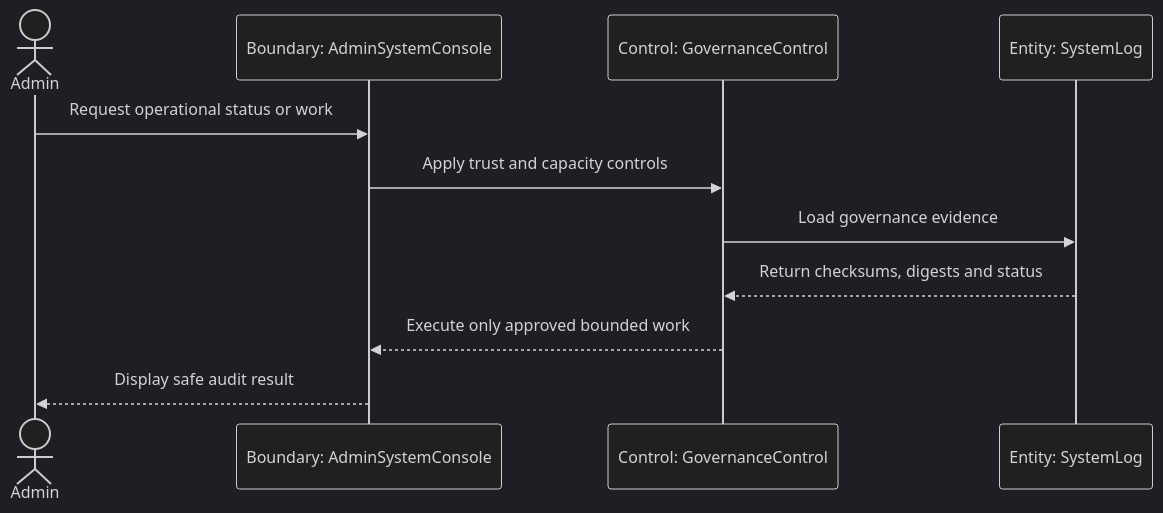
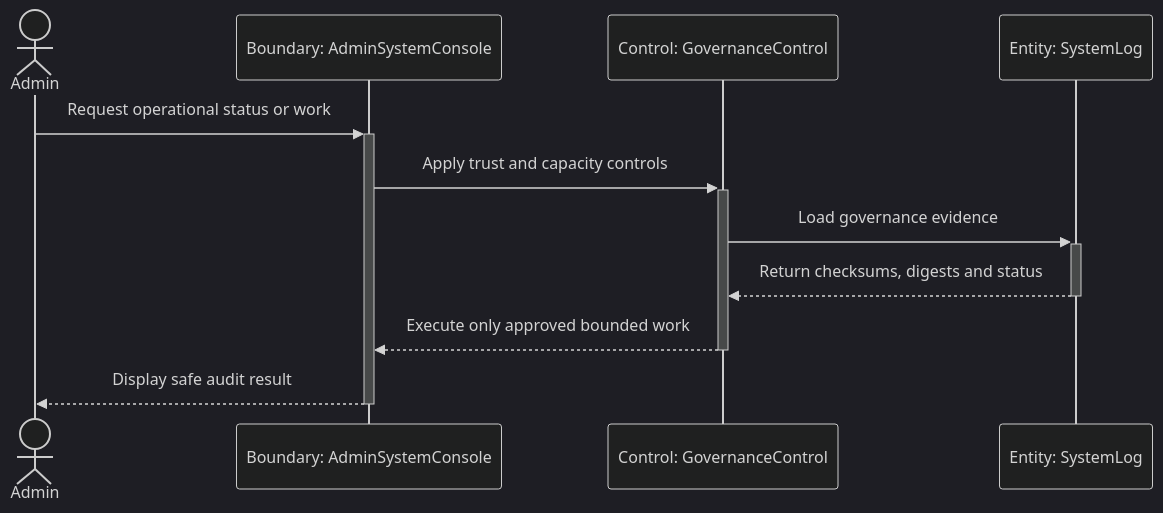
One commit to zhabgjialu2003-sudo/Counting-Maize-Tassels-in-the-Wild-via-Deep-Neural-Network changed the diagram in docs/design/uml/story-extensions/d-9/sequence.mmd. Above: the diagram before and after it, drawn with Mermaid (dark theme). The commit also changed 32 other files, not shown here.

First line of the commit message:
docs(diagrams): add sequence activation bars

```diff
--- a/docs/design/uml/story-extensions/d-9/sequence.mmd
+++ b/docs/design/uml/story-extensions/d-9/sequence.mmd
@@ -1,11 +1,11 @@
 sequenceDiagram
 actor Admin as Admin
 participant AdminSystemConsole as Boundary: AdminSystemConsole
 participant GovernanceControl as Control: GovernanceControl
 participant SystemLog as Entity: SystemLog
-Admin->>AdminSystemConsole: Request operational status or work
-AdminSystemConsole->>GovernanceControl: Apply trust and capacity controls
-GovernanceControl->>SystemLog: Load governance evidence
-SystemLog-->>GovernanceControl: Return checksums, digests and status
-GovernanceControl-->>AdminSystemConsole: Execute only approved bounded work
-AdminSystemConsole-->>Admin: Display safe audit result
+Admin->>+AdminSystemConsole: Request operational status or work
+AdminSystemConsole->>+GovernanceControl: Apply trust and capacity controls
+GovernanceControl->>+SystemLog: Load governance evidence
+SystemLog-->>-GovernanceControl: Return checksums, digests and status
+GovernanceControl-->>-AdminSystemConsole: Execute only approved bounded work
+AdminSystemConsole-->>-Admin: Display safe audit result
```
